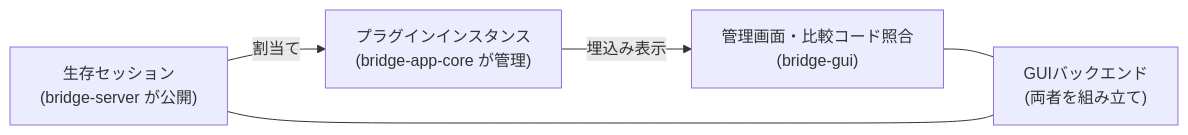
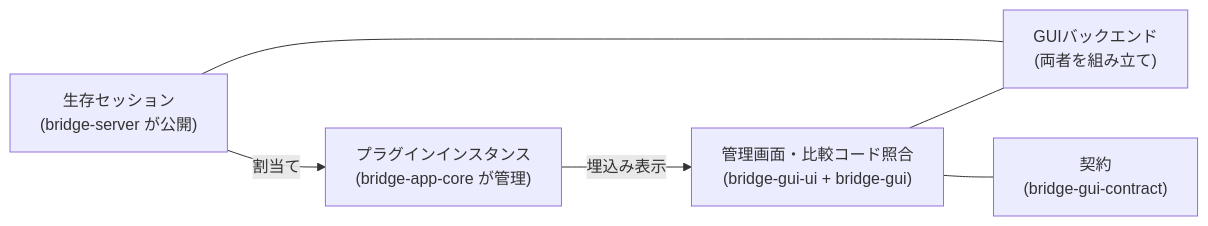
One commit to WebXR-JP/xrift-bridge changed the diagram in design/bridge-app.md. Above: the diagram before and after it, drawn with Mermaid. The commit also changed other lines of this file and 30 other files, not shown here.

````diff
--- a/design/bridge-app.md
+++ b/design/bridge-app.md
@@ -7,7 +7,8 @@
 ```mermaid
 flowchart LR
     S["生存セッション<br/>(bridge-server が公開)"] -->|"割当て"| P["プラグインインスタンス<br/>(bridge-app-core が管理)"]
-    P -->|"埋込み表示"| G["管理画面・比較コード照合<br/>(bridge-gui)"]
+    P -->|"埋込み表示"| G["管理画面・比較コード照合<br/>(bridge-gui-ui + bridge-gui)"]
     G --- B["GUIバックエンド<br/>(両者を組み立て)"]
     B --- S
+    G --- C["契約<br/>(bridge-gui-contract)"]
 ```
````
